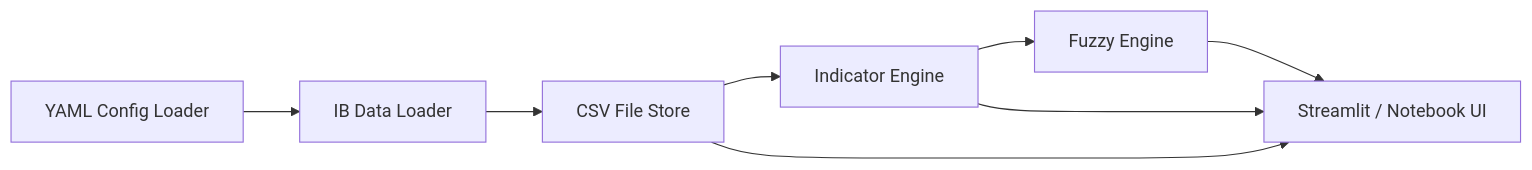
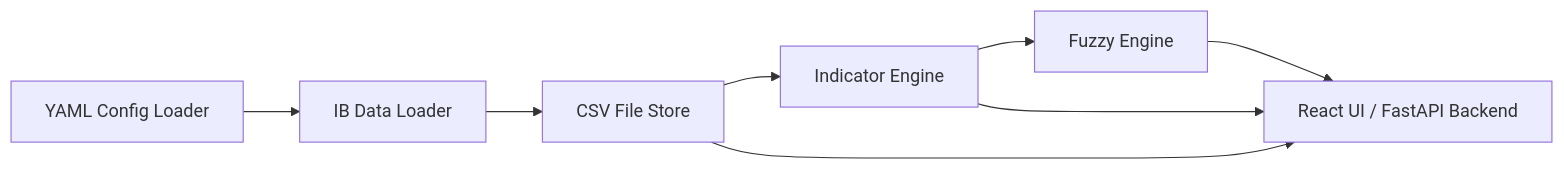
Before and after one commit to kpiteira/ktrdr: the diagram in specification/ktrdr-architecture-blueprint.md, drawn with Mermaid. The commit also changed other lines of this file and 7 other files, not shown here.

Commit message:
Split the task list into smaller parts and updated architecture to remove references to streamlit

````diff
--- a/specification/ktrdr-architecture-blueprint.md
+++ b/specification/ktrdr-architecture-blueprint.md
@@ -820,10 +820,10 @@
 ```mermaid
 flowchart LR
 Config[YAML Config Loader] --> IBLoader[IB Data Loader]
 IBLoader --> CSVStore[CSV File Store]
 CSVStore --> Indicators[Indicator Engine]
 Indicators --> Fuzzy[Fuzzy Engine]
-Fuzzy --> Visualizer[Streamlit / Notebook UI]
+Fuzzy --> Visualizer[React UI / FastAPI Backend]
 CSVStore --> Visualizer
 Indicators --> Visualizer
 ```
````
